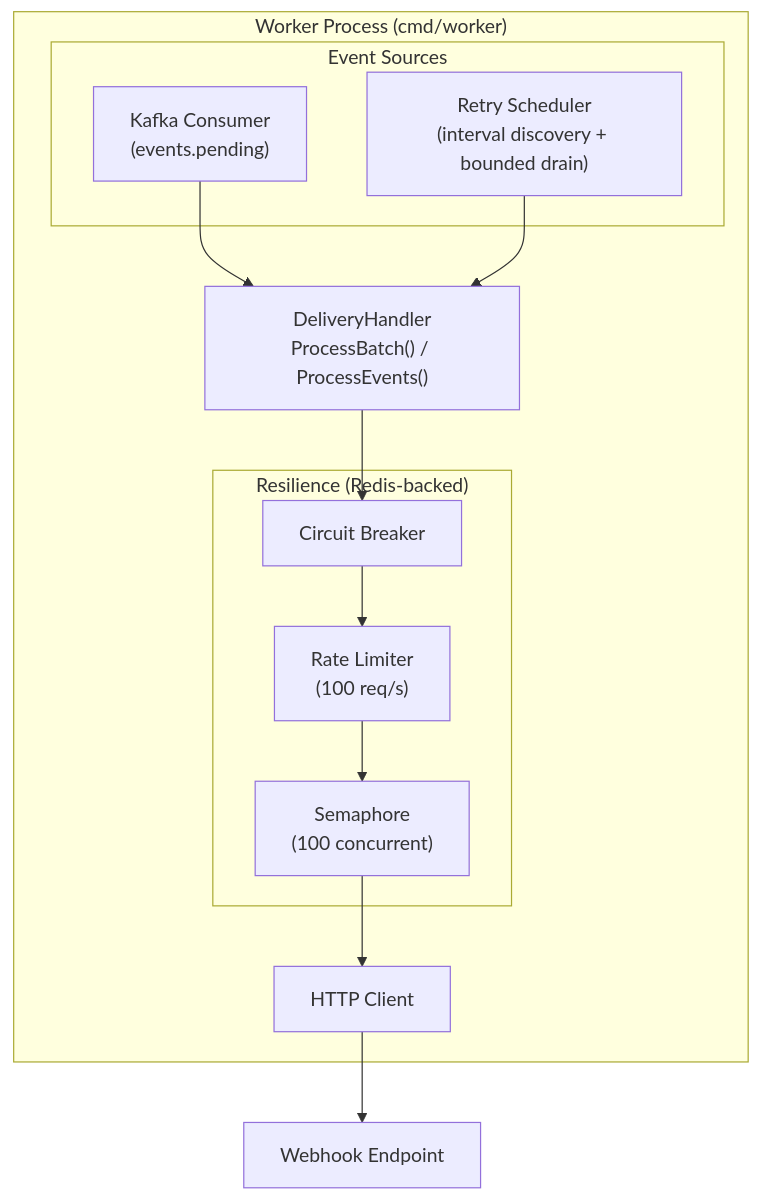
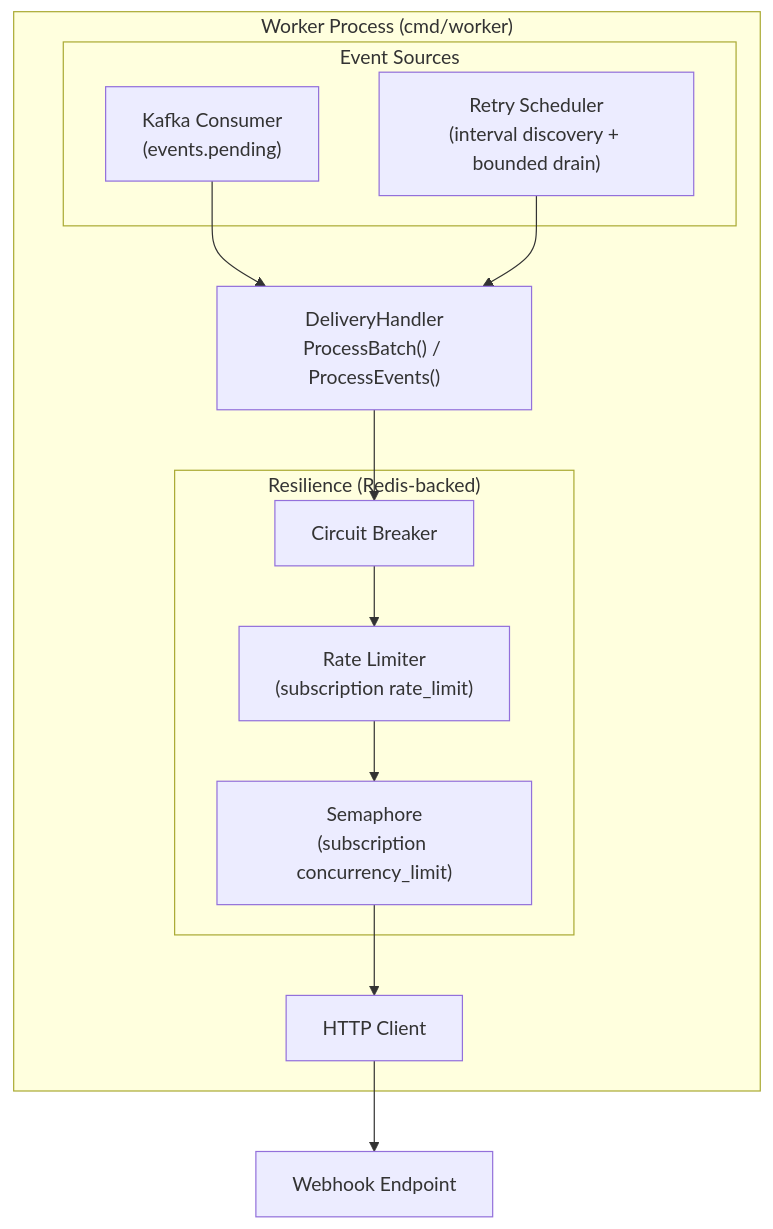
One commit to felipepmaragno/webhook-service changed the fourth of 13 diagrams in docs/architecture.md. Above: the diagram before and after it, drawn with Mermaid. The commit also changed other lines of this file and 19 other files, not shown here.

````diff
--- a/docs/architecture.md
+++ b/docs/architecture.md
@@ -166,27 +168,27 @@
 ```mermaid
 flowchart TB
     subgraph Worker["Worker Process (cmd/worker)"]
         subgraph Sources["Event Sources"]
             Kafka["Kafka Consumer<br/>(events.pending)"]
             Poller["Retry Scheduler<br/>(interval discovery + bounded drain)"]
         end
         
         Handler["DeliveryHandler<br/>ProcessBatch() / ProcessEvents()"]
         
         subgraph Resilience["Resilience (Redis-backed)"]
             CB["Circuit Breaker"]
-            RL["Rate Limiter<br/>(100 req/s)"]
-            Sem["Semaphore<br/>(100 concurrent)"]
+            RL["Rate Limiter<br/>(subscription rate_limit)"]
+            Sem["Semaphore<br/>(subscription concurrency_limit)"]
         end
         
         HTTP["HTTP Client"]
     end
     
     Kafka --> Handler
     Poller --> Handler
     Handler --> CB
     CB --> RL
     RL --> Sem
     Sem --> HTTP
     HTTP --> Endpoint["Webhook Endpoint"]
 ```
````
